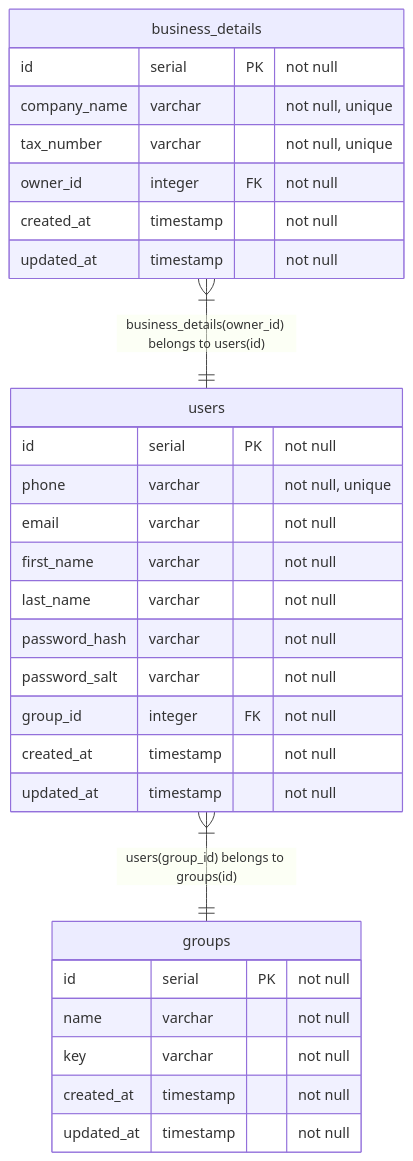
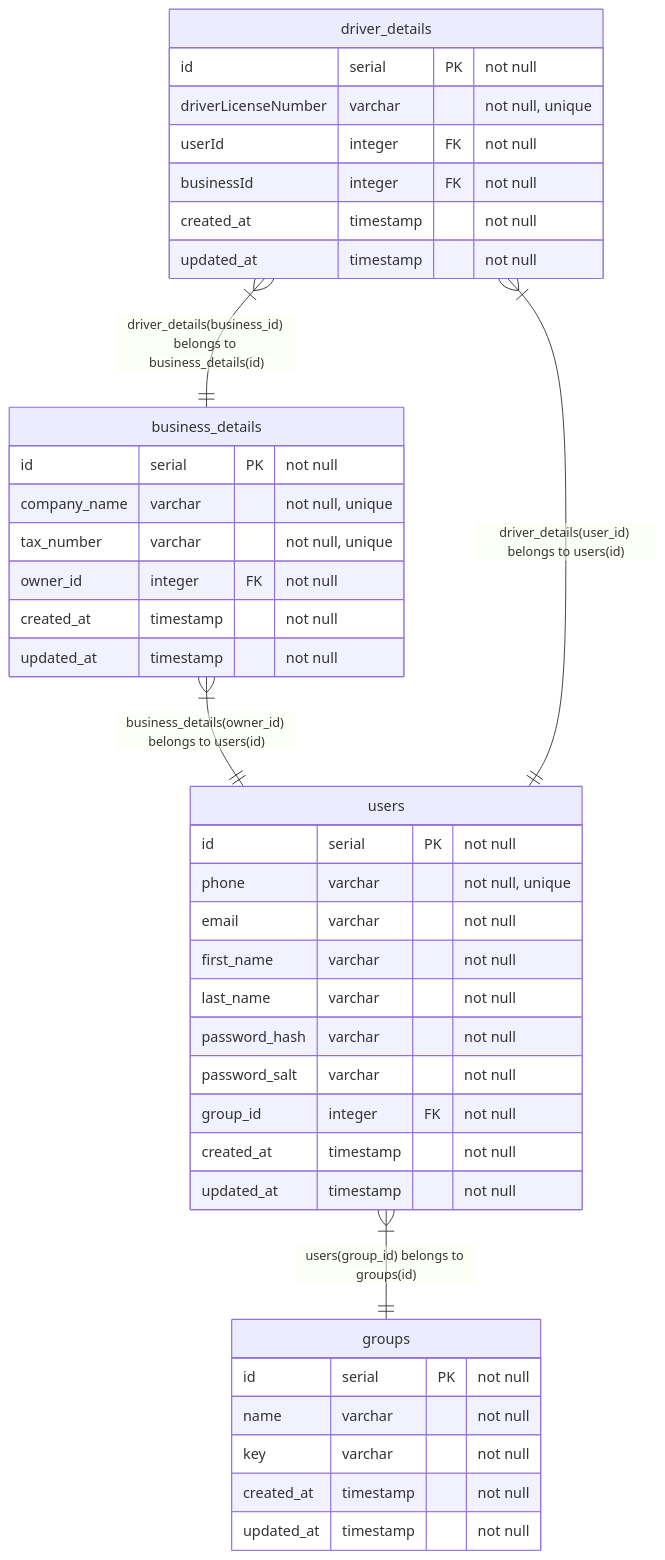
The diagram in readme.md (BinaryStudioAcademy/bsa-2023-towhub), drawn with Mermaid before and after one commit.

Commit message:
th-88: + mermaid diagram for driver_details

````diff
--- a/readme.md
+++ b/readme.md
@@ -45,38 +45,48 @@
 ```mermaid
 
 erDiagram
 
     users {
         id serial PK "not null"
         phone varchar "not null, unique"
         email varchar "not null"
         first_name varchar "not null"
         last_name varchar "not null"
         password_hash varchar "not null"
         password_salt varchar "not null"
         group_id integer FK "not null"
         created_at timestamp "not null"
         updated_at timestamp "not null"
     }
 
     groups {
         id serial PK "not null"
         name varchar "not null"
         key varchar "not null"
         created_at timestamp "not null"
         updated_at timestamp "not null"
     }
 
     business_details {
         id serial PK "not null"
         company_name varchar "not null, unique"
         tax_number varchar "not null, unique"
         owner_id integer FK "not null"
         created_at timestamp "not null"
         updated_at timestamp "not null"
     }
 
+    driver_details {
+        id serial PK "not null"
+        driverLicenseNumber varchar "not null, unique"
+        userId integer FK "not null"
+        businessId integer FK "not null"
+        created_at timestamp "not null"
+        updated_at timestamp "not null"
+    }
+
     users one or many -- one groups: "users(group_id) belongs to groups(id)"
     business_details one or many -- one users: "business_details(owner_id) belongs to users(id)"
-
+    driver_details one or many -- one users: "driver_details(user_id) belongs to users(id)"
+    driver_details one or many -- one business_details: "driver_details(business_id) belongs to business_details(id)"
 ```
````
